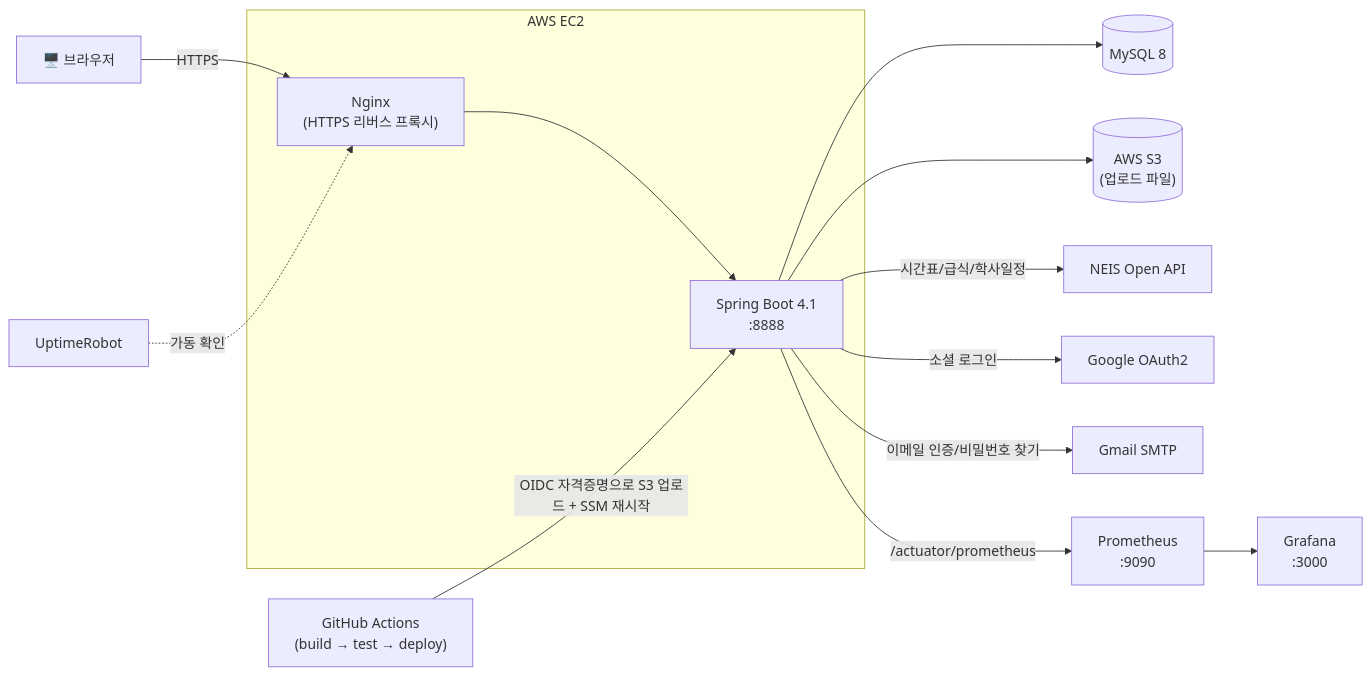
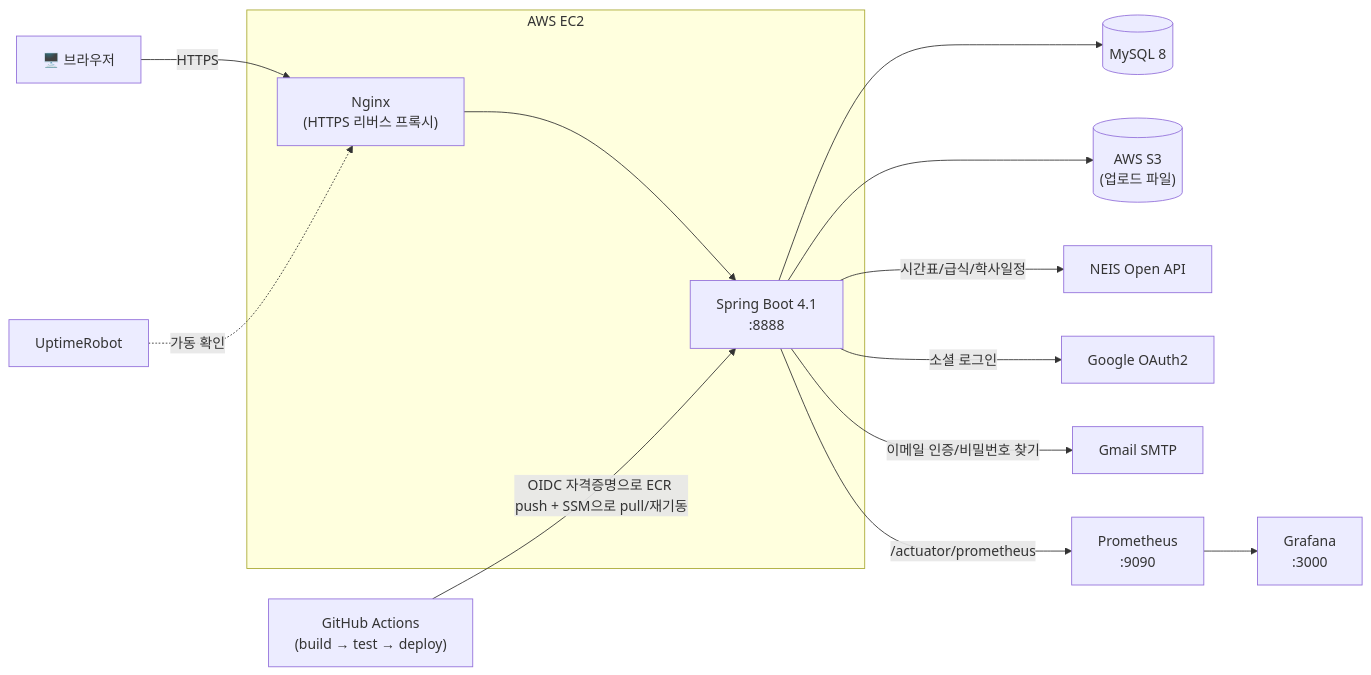
One commit to jihu1130/webproject changed the first of 5 diagrams in README.md. Above: the diagram before and after it, drawn with Mermaid. The commit also changed other lines of this file and 2 other files, not shown here.

````diff
--- a/README.md
+++ b/README.md
@@ -114,29 +114,29 @@
 ```mermaid
 flowchart LR
     Browser["🖥️ 브라우저"]
 
     subgraph EC2["AWS EC2"]
         Nginx["Nginx<br/>(HTTPS 리버스 프록시)"]
         App["Spring Boot 4.1<br/>:8888"]
     end
 
     MySQL[("MySQL 8")]
     S3[("AWS S3<br/>(업로드 파일)")]
     NEIS["NEIS Open API"]
     Google["Google OAuth2"]
     SMTP["Gmail SMTP"]
     Prom["Prometheus<br/>:9090"]
     Grafana["Grafana<br/>:3000"]
     GHA["GitHub Actions<br/>(build → test → deploy)"]
     Uptime["UptimeRobot"]
 
     Browser -->|HTTPS| Nginx --> App
     App --> MySQL
     App --> S3
     App -->|시간표/급식/학사일정| NEIS
     App -->|소셜 로그인| Google
     App -->|이메일 인증/비밀번호 찾기| SMTP
     App -->|/actuator/prometheus| Prom --> Grafana
     Uptime -.->|가동 확인| Nginx
-    GHA -->|OIDC 자격증명으로 S3 업로드 + SSM 재시작| App
+    GHA -->|OIDC 자격증명으로 ECR push + SSM으로 pull/재기동| App
 ```
````
